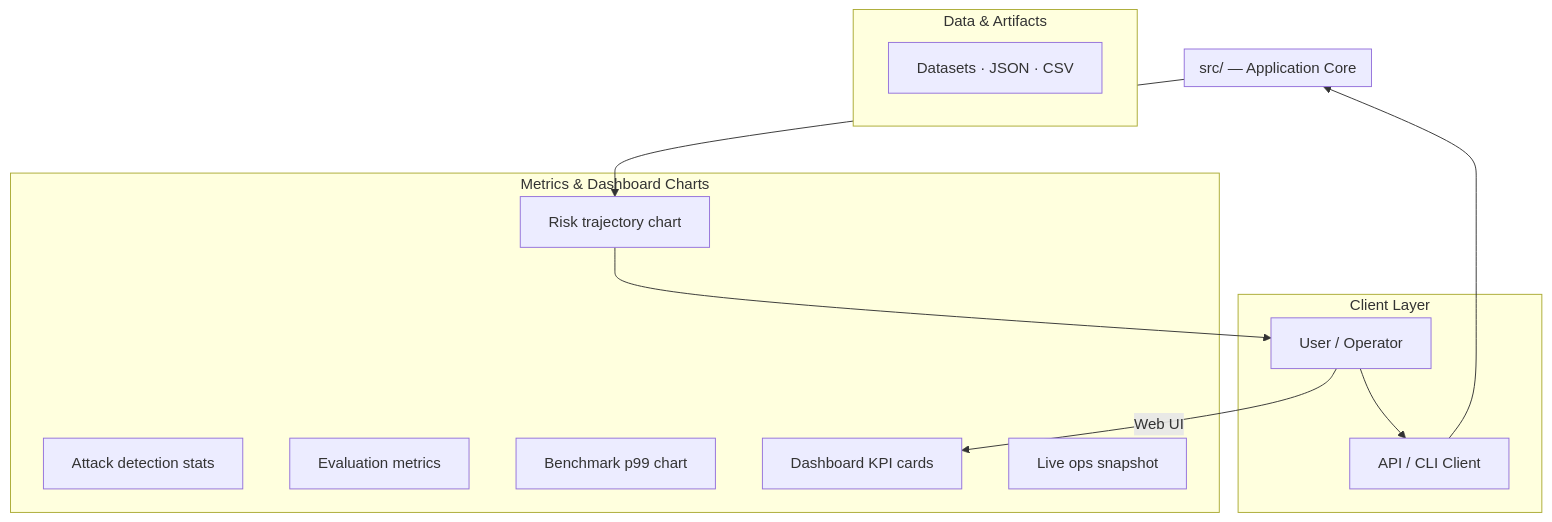
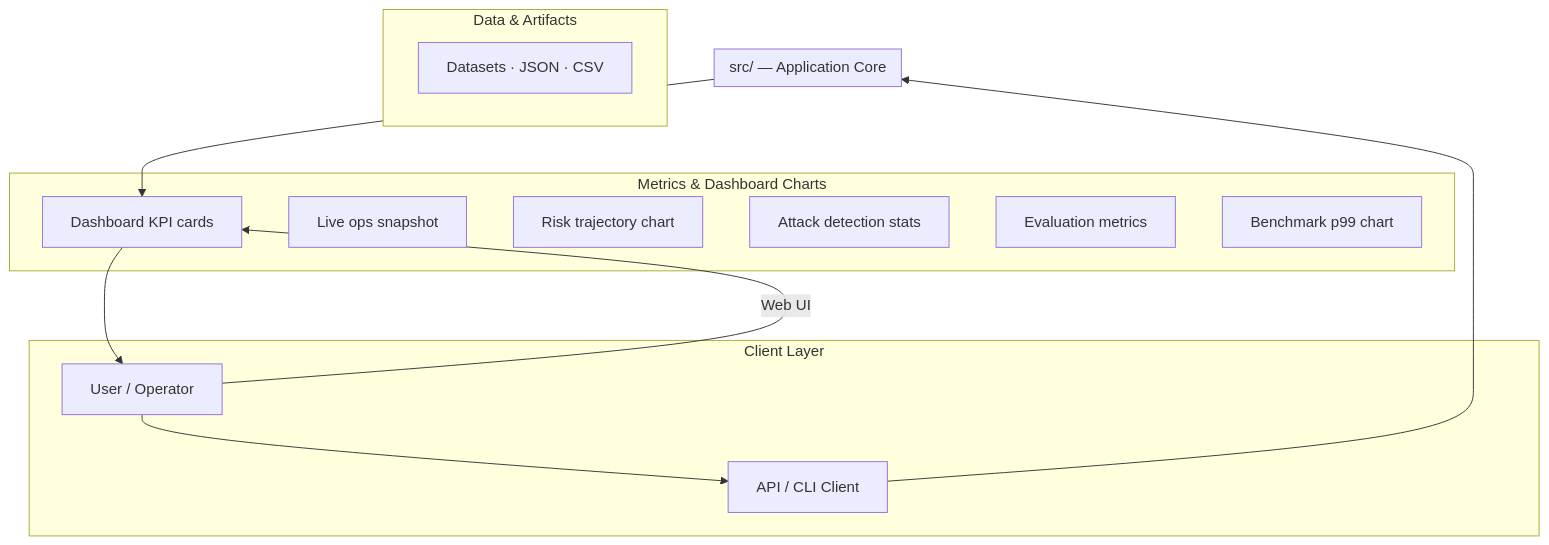
Before and after one commit to Punyamittal/attendly: the first of 4 diagrams in README.md, drawn with Mermaid. The commit also changed other lines of this file, not shown here.

````diff
--- a/README.md
+++ b/README.md
@@ -76,29 +76,29 @@
 ```mermaid
 graph TB
     subgraph Client["Client Layer"]
         user["User / Operator"]
         api_client["API / CLI Client"]
     end
 
     subgraph Core["src/ — Application Core"]
     end
 
     subgraph Data["Data & Artifacts"]
         datasets["Datasets · JSON · CSV"]
     end
 
     subgraph Charts["Metrics & Dashboard Charts"]
+        dashboard_kpis["Dashboard KPI cards"]
+        ops_snapshot["Live ops snapshot"]
         risk_trajectory["Risk trajectory chart"]
         attack_stats["Attack detection stats"]
         eval_metrics["Evaluation metrics"]
         benchmark_p99["Benchmark p99 chart"]
-        dashboard_kpis["Dashboard KPI cards"]
-        ops_snapshot["Live ops snapshot"]
     end
 
     user --> api_client
     api_client --> Core
     user -->|Web UI| dashboard_kpis
-    Core --> risk_trajectory
-    risk_trajectory --> user
+    Core --> dashboard_kpis
+    dashboard_kpis --> user
 ```
````
